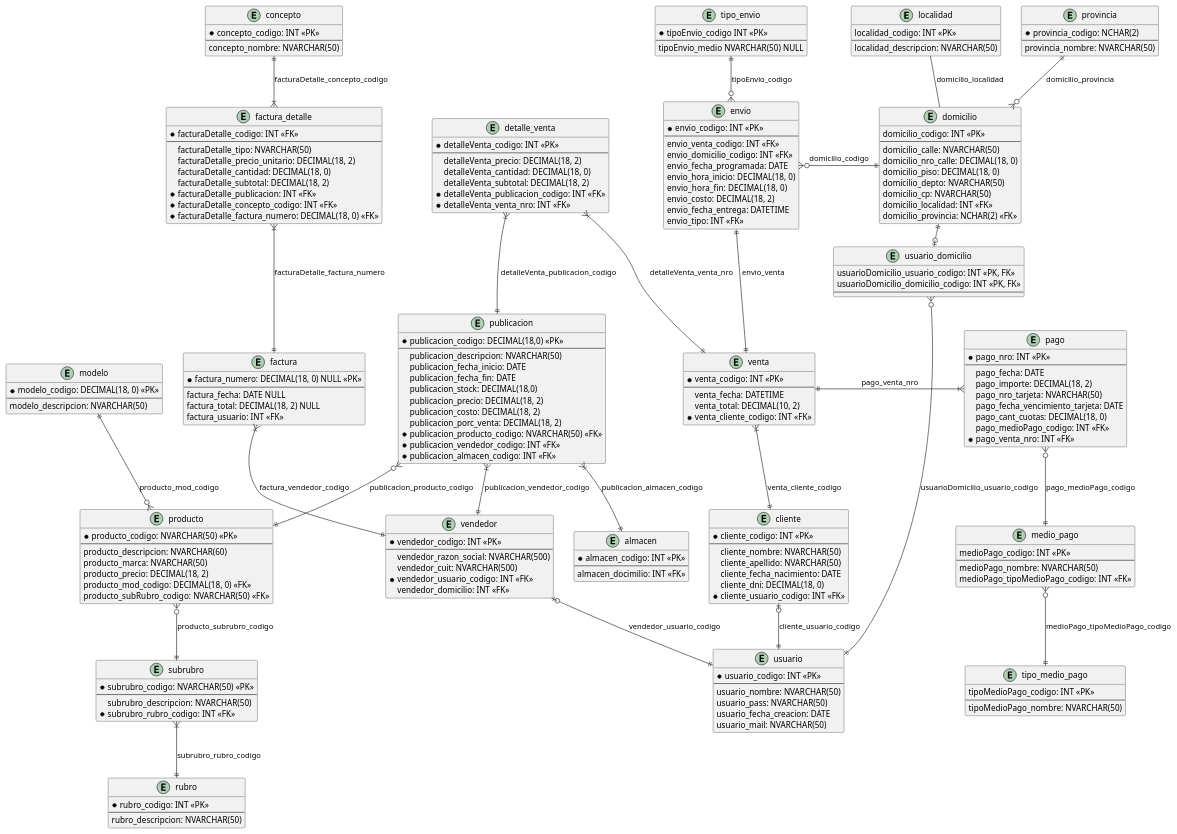
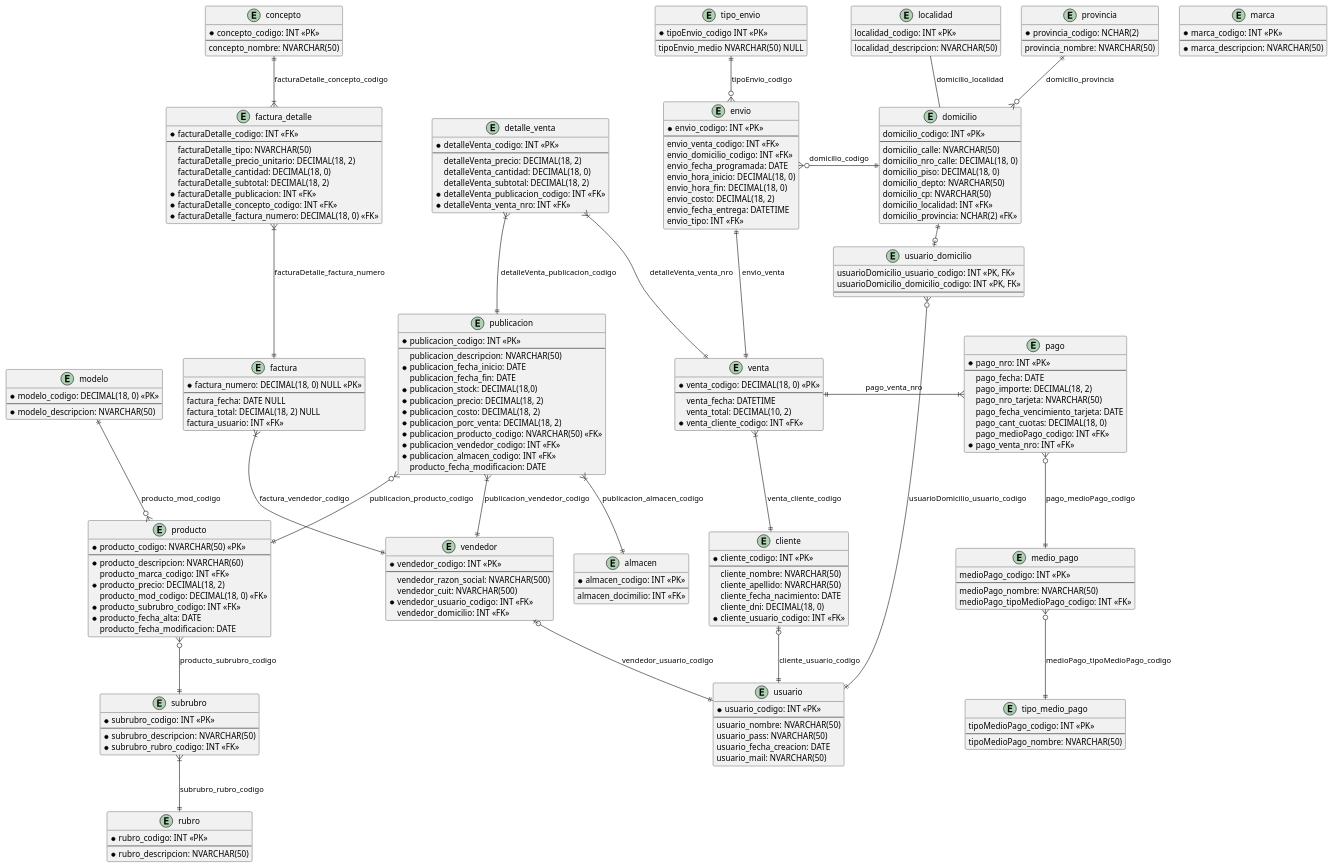
One commit to eitan-wajsberg/tp-gdd-2024-2C changed the diagram in diagramas/diagrama-entidad-relacion-inicial.puml. Above: the diagram before and after it, drawn with PlantUML. The commit also changed 1 other file, not shown here.

Commit message:
diagrama: segunda iteración

```diff
--- a/diagramas/diagrama-entidad-relacion-inicial.puml
+++ b/diagramas/diagrama-entidad-relacion-inicial.puml
@@ -1,47 +1,57 @@
 @startuml diagrama-entidad-relacion-inicial
 
 entity "publicacion" {
-  * publicacion_codigo: DECIMAL(18,0) <<PK>>
+  * publicacion_codigo: INT <<PK>>
   --
     publicacion_descripcion: NVARCHAR(50)
-    publicacion_fecha_inicio: DATE
+    ' publicacion_fecha_alta: DATE | Preguntar!!!
+    * publicacion_fecha_inicio: DATE
     publicacion_fecha_fin: DATE
-    publicacion_stock: DECIMAL(18,0)
-    publicacion_precio: DECIMAL(18, 2)
-    publicacion_costo: DECIMAL(18, 2)
-    publicacion_porc_venta: DECIMAL(18, 2)
+    * publicacion_stock: DECIMAL(18,0)
+    * publicacion_precio: DECIMAL(18, 2)
+    * publicacion_costo: DECIMAL(18, 2)
+    * publicacion_porc_venta: DECIMAL(18, 2)
     * publicacion_producto_codigo: NVARCHAR(50) <<FK>>
     * publicacion_vendedor_codigo: INT <<FK>>
     * publicacion_almacen_codigo: INT <<FK>>
+    producto_fecha_modificacion: DATE
 }
 
 entity "producto" {
   * producto_codigo: NVARCHAR(50) <<PK>>
   --
-    producto_descripcion: NVARCHAR(60)
-    producto_marca: NVARCHAR(50)
-    producto_precio: DECIMAL(18, 2)
+    * producto_descripcion: NVARCHAR(60)
+    producto_marca_codigo: INT <<FK>>
+    * producto_precio: DECIMAL(18, 2)
     producto_mod_codigo: DECIMAL(18, 0) <<FK>>
-    producto_subRubro_codigo: NVARCHAR(50) <<FK>>
+    * producto_subrubro_codigo: INT <<FK>>
+    * producto_fecha_alta: DATE
+    producto_fecha_modificacion: DATE
+}
+
+entity "marca"{
+  * marca_codigo: INT <<PK>>
+  --
+    * marca_descripcion: NVARCHAR(50)
 }
 
 entity "modelo"{
   * modelo_codigo: DECIMAL(18, 0) <<PK>>
   --
-    modelo_descripcion: NVARCHAR(50)
+    * modelo_descripcion: NVARCHAR(50)
 }
 
 entity "subrubro" {
-  * subrubro_codigo: NVARCHAR(50) <<PK>>
+  * subrubro_codigo: INT <<PK>>
   --
-    subrubro_descripcion: NVARCHAR(50)
+    * subrubro_descripcion: NVARCHAR(50)
     * subrubro_rubro_codigo: INT <<FK>>
 }
 
 entity "rubro" {
   * rubro_codigo: INT <<PK>>
   --
-    rubro_descripcion: NVARCHAR(50)
+    * rubro_descripcion: NVARCHAR(50)
 }
 
 entity "vendedor" {
@@ -60,7 +70,7 @@
 }
 
 entity "venta" {
-  * venta_codigo: INT <<PK>>
+  * venta_codigo: DECIMAL(18, 0) <<PK>>
   --
     venta_fecha: DATETIME
     venta_total: DECIMAL(10, 2)
@@ -203,6 +213,7 @@
 publicacion }o--|| producto : "publicacion_producto_codigo"
 producto }o--|| subrubro : "producto_subrubro_codigo"
 subrubro }|--|| rubro : "subrubro_rubro_codigo"
+
 publicacion }|--|| vendedor : "publicacion_vendedor_codigo"
 publicacion }|--|| almacen : "publicacion_almacen_codigo"
 
```
